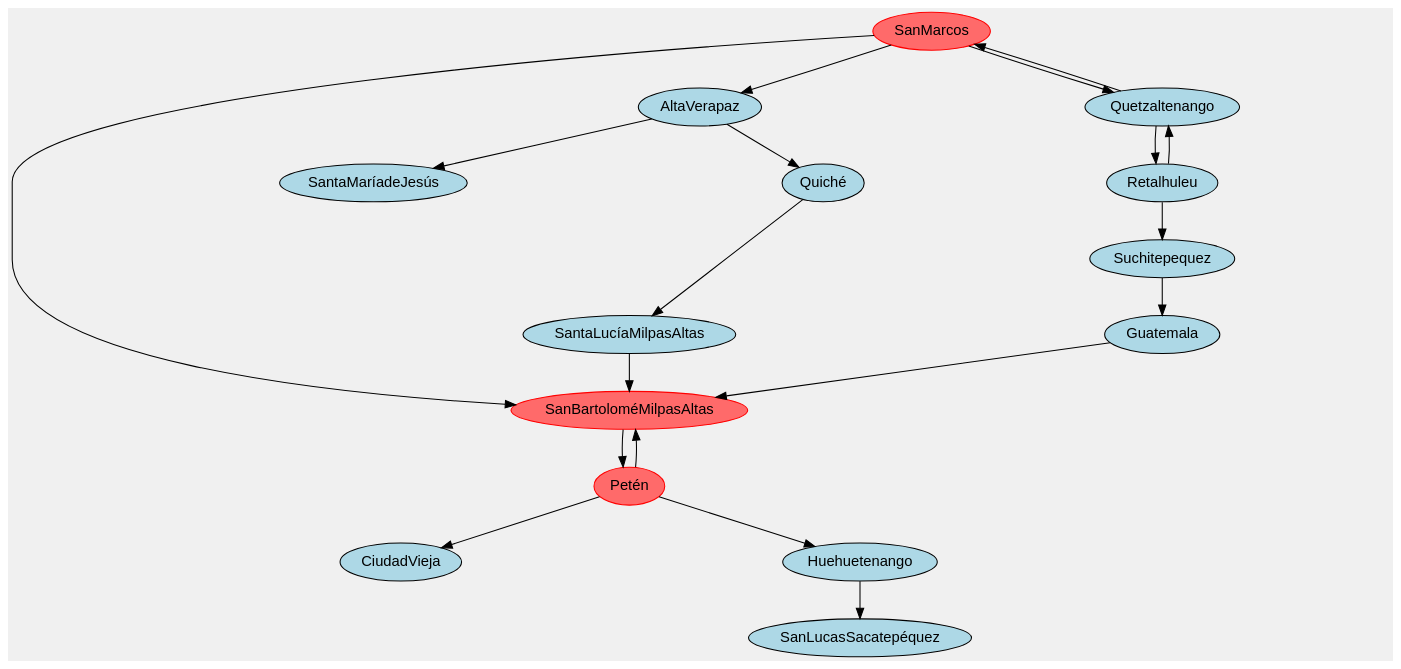
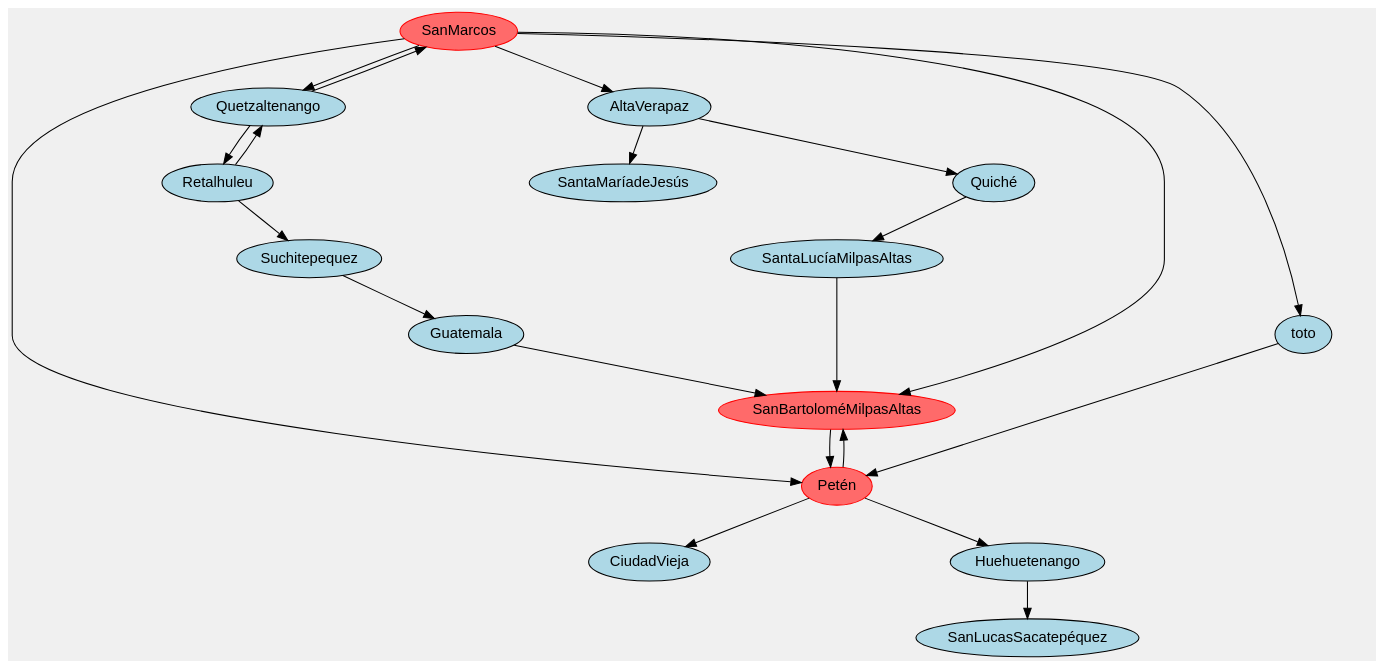
The diagram in target/classes/img/mapaInicial.dot (Gerardo-Mantanico/TravelMap_GT), drawn with Graphviz before and after one commit. The commit also changed 43 other files, not shown here.

```diff
--- a/target/classes/img/mapaInicial.dot
+++ b/target/classes/img/mapaInicial.dot
@@ -1,22 +1,23 @@
 digraph G { 
  fontname="Helvetica,Arial,sans-serif"
     bgcolor="#f0f0f0";
     node [fontname="Helvetica,Arial,sans-serif"];
     edge [fontname="Helvetica,Arial,sans-serif"];
     graph [ratio=0.5];
 node [shape = oval, color=red style=filled, fillcolor=indianred1];SanMarcos SanBartoloméMilpasAltas Petén ; 
  node [shape = oval color=black style=filled fillcolor=lightblue]AltaVerapaz ->  {SantaMaríadeJesús  Quiché  } 
  SantaMaríadeJesús ->  {} 
  Petén ->  {CiudadVieja  Huehuetenango  SanBartoloméMilpasAltas  } 
  CiudadVieja ->  {} 
  Quetzaltenango ->  {Retalhuleu  SanMarcos  } 
  Retalhuleu ->  {Quetzaltenango  Suchitepequez  } 
- SanMarcos ->  {Quetzaltenango  SanBartoloméMilpasAltas  AltaVerapaz  } 
+ SanMarcos ->  {Quetzaltenango  SanBartoloméMilpasAltas  AltaVerapaz  Petén  toto  } 
  Suchitepequez ->  {Guatemala  } 
  Guatemala ->  {SanBartoloméMilpasAltas  } 
  SanBartoloméMilpasAltas ->  {Petén  } 
  Huehuetenango ->  {SanLucasSacatepéquez  } 
  SanLucasSacatepéquez ->  {} 
  Quiché ->  {SantaLucíaMilpasAltas  } 
  SantaLucíaMilpasAltas ->  {SanBartoloméMilpasAltas  } 
+ toto ->  {Petén  } 
  }
```
